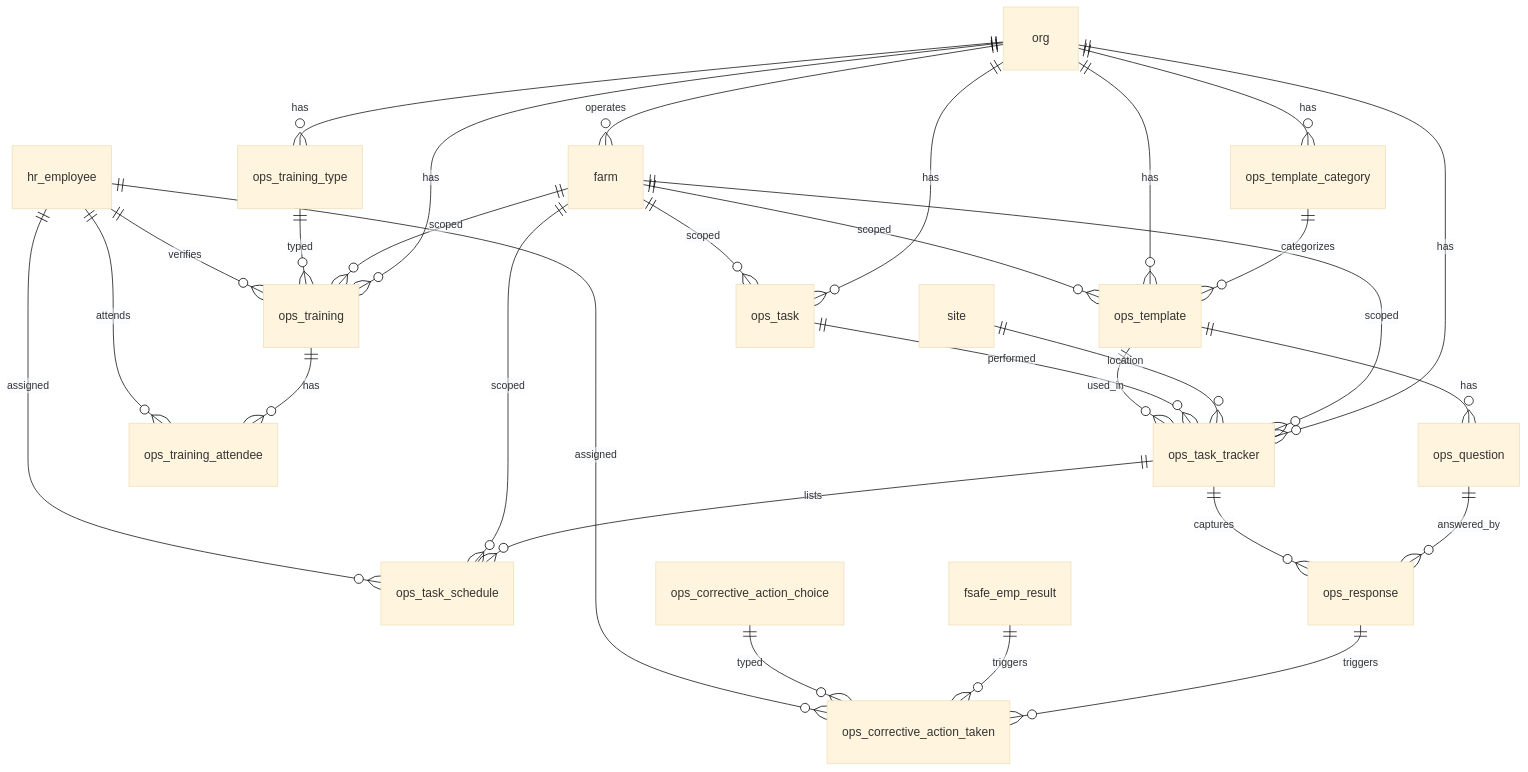
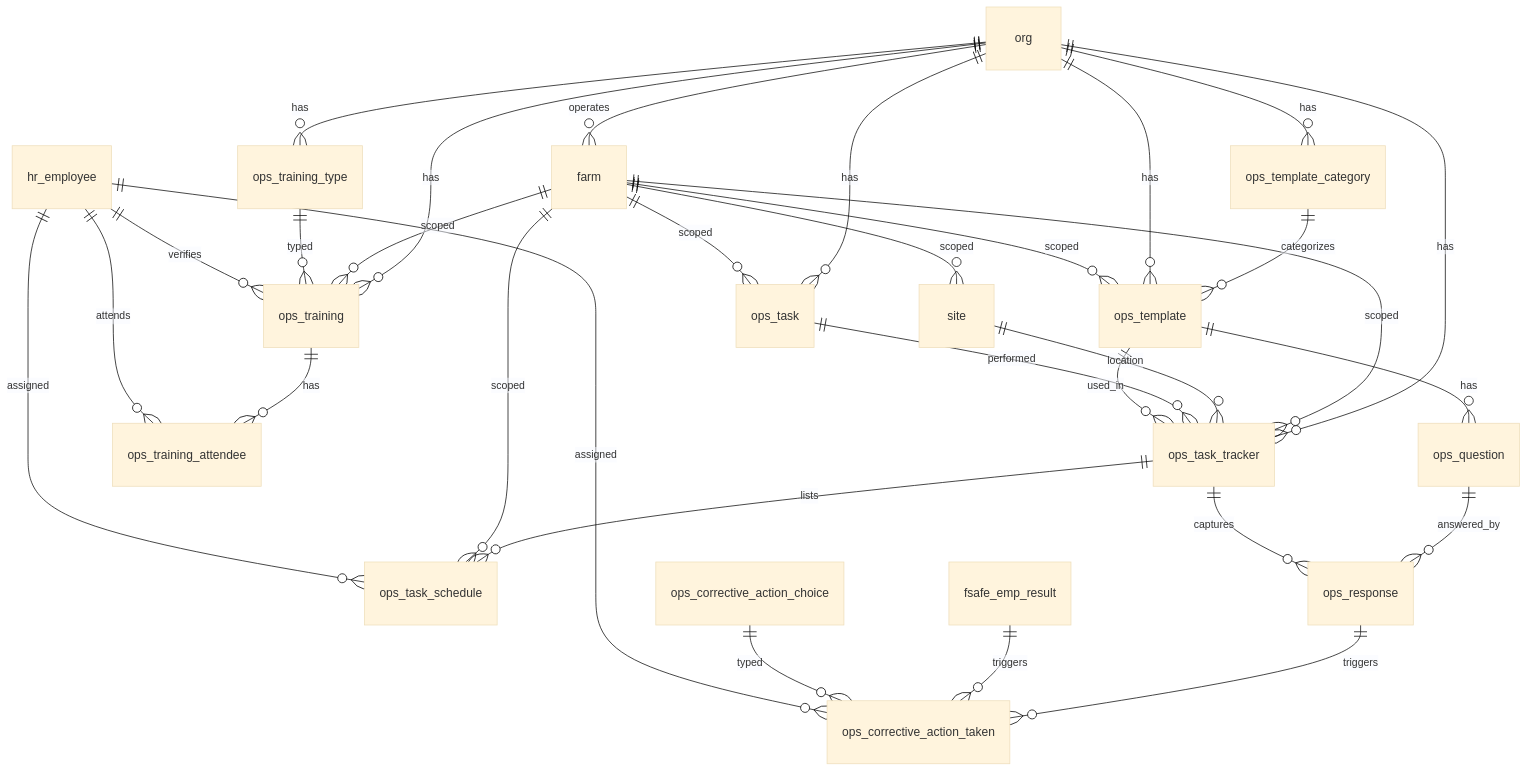
The diagram in docs/schemas/20260319_04_ops.md (Hawaii-Farming/aloha-app), drawn with Mermaid (base theme) before and after one commit. The commit also changed 4 other files, not shown here.

First line of the commit message:
Add farm-site relationship to all ERDs that reference site

````diff
--- a/docs/schemas/20260319_04_ops.md
+++ b/docs/schemas/20260319_04_ops.md
@@ -9,34 +9,35 @@
 ```mermaid
 erDiagram
     org ||--o{ farm : operates
     org ||--o{ ops_task : has
     farm ||--o{ ops_task : scoped
     org ||--o{ ops_task_tracker : has
     farm ||--o{ ops_task_tracker : scoped
+    farm ||--o{ site : scoped
     site ||--o{ ops_task_tracker : location
     ops_task ||--o{ ops_task_tracker : performed
     ops_template ||--o{ ops_task_tracker : used_in
     ops_task_tracker ||--o{ ops_task_schedule : lists
     farm ||--o{ ops_task_schedule : scoped
     hr_employee ||--o{ ops_task_schedule : assigned
 
     org ||--o{ ops_training_type : has
     org ||--o{ ops_training : has
     farm ||--o{ ops_training : scoped
     ops_training_type ||--o{ ops_training : typed
     hr_employee ||--o{ ops_training : verifies
     ops_training ||--o{ ops_training_attendee : has
     hr_employee ||--o{ ops_training_attendee : attends
 
     org ||--o{ ops_template_category : has
     ops_template_category ||--o{ ops_template : categorizes
     org ||--o{ ops_template : has
     farm ||--o{ ops_template : scoped
     ops_template ||--o{ ops_question : has
     ops_question ||--o{ ops_response : answered_by
     ops_task_tracker ||--o{ ops_response : captures
     ops_response ||--o{ ops_corrective_action_taken : triggers
     fsafe_emp_result ||--o{ ops_corrective_action_taken : triggers
     ops_corrective_action_choice ||--o{ ops_corrective_action_taken : typed
     hr_employee ||--o{ ops_corrective_action_taken : assigned
 ```
````
